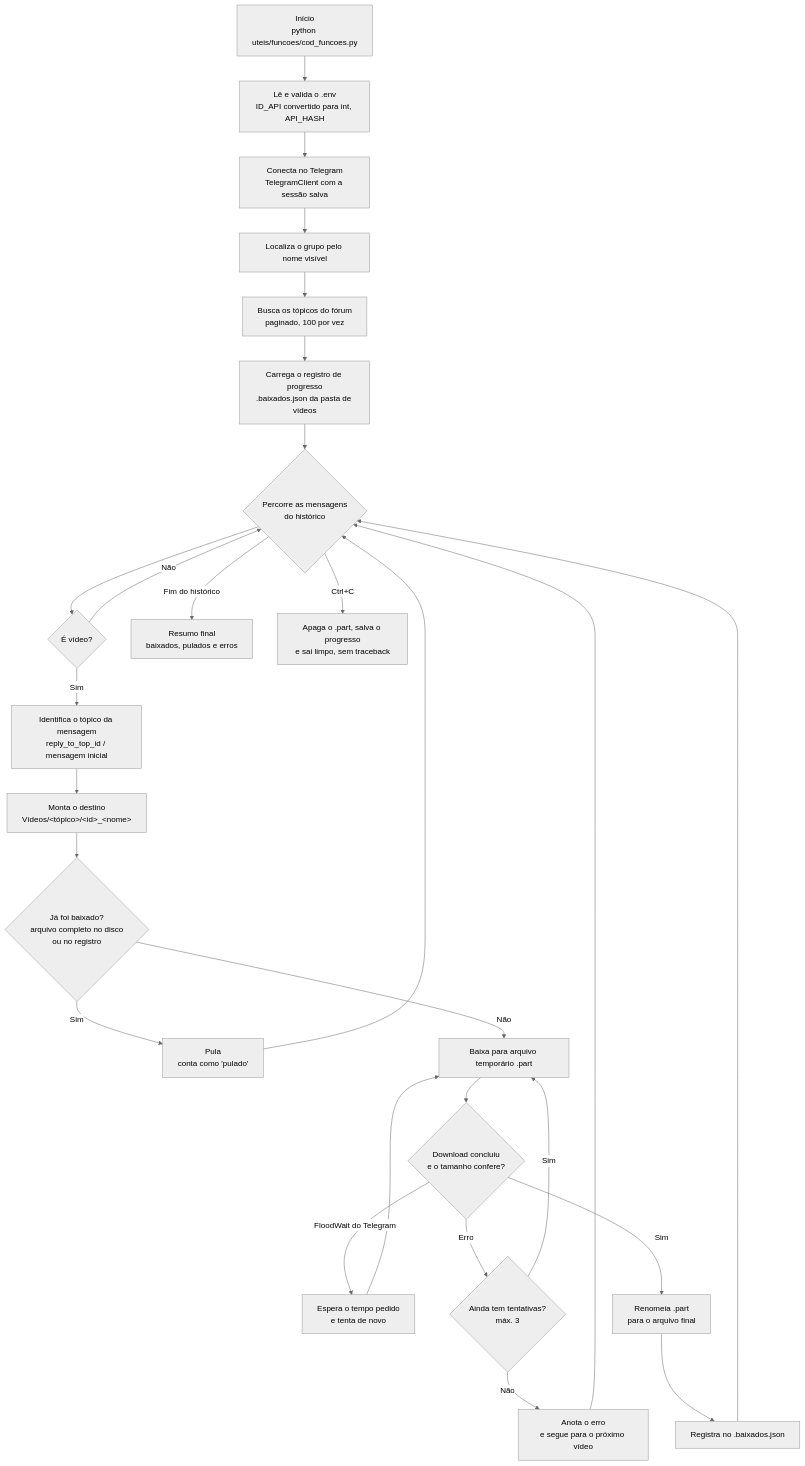
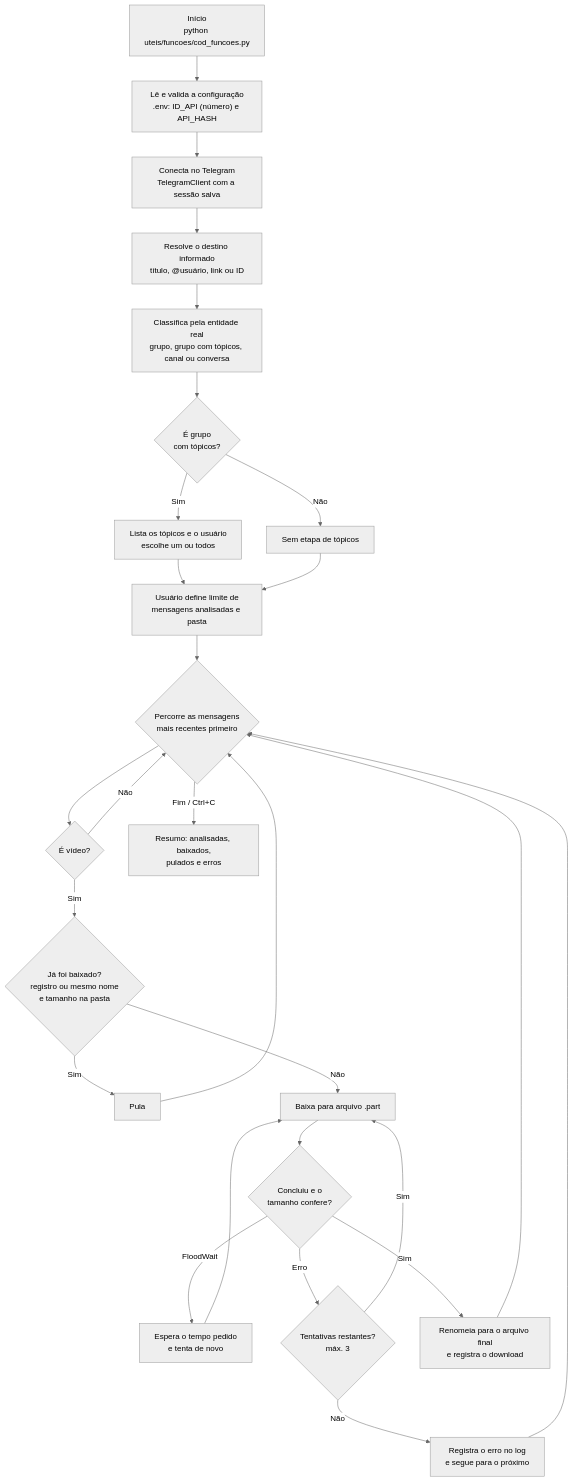
The diagram in README.md (JeremiasSantana/download_videos_gurpo_telegram), drawn with Mermaid (neutral theme) before and after one commit. The commit also changed other lines of this file and 2 other files, not shown here.

Commit message:
docs: README completo da versao modular e gitignore de logs

````diff
--- a/README.md
+++ b/README.md
@@ -16,29 +10,29 @@
 ```mermaid
 flowchart TD
-    A["Início<br/>python uteis/funcoes/cod_funcoes.py"] --> B["Lê e valida o .env<br/>ID_API convertido para int, API_HASH"]
+    A["Início<br/>python uteis/funcoes/cod_funcoes.py"] --> B["Lê e valida a configuração<br/>.env: ID_API (número) e API_HASH"]
     B --> C["Conecta no Telegram<br/>TelegramClient com a sessão salva"]
-    C --> D["Localiza o grupo pelo nome visível"]
-    D --> E["Busca os tópicos do fórum<br/>paginado, 100 por vez"]
-    E --> F["Carrega o registro de progresso<br/>.baixados.json da pasta de vídeos"]
-    F --> G{"Percorre as mensagens<br/>do histórico"}
-    G --> H{"É vídeo?"}
-    H -- "Não" --> G
-    H -- "Sim" --> I["Identifica o tópico da mensagem<br/>reply_to_top_id / mensagem inicial"]
-    I --> J["Monta o destino<br/>Vídeos/&lt;tópico&gt;/&lt;id&gt;_&lt;nome&gt;"]
-    J --> K{"Já foi baixado?<br/>arquivo completo no disco<br/>ou no registro"}
-    K -- "Sim" --> L["Pula<br/>conta como 'pulado'"]
-    L --> G
-    K -- "Não" --> M["Baixa para arquivo temporário .part"]
-    M --> N{"Download concluiu<br/>e o tamanho confere?"}
-    N -- "FloodWait do Telegram" --> O["Espera o tempo pedido<br/>e tenta de novo"]
-    O --> M
-    N -- "Erro" --> P{"Ainda tem tentativas?<br/>máx. 3"}
-    P -- "Sim" --> M
-    P -- "Não" --> Q["Anota o erro<br/>e segue para o próximo vídeo"]
-    Q --> G
-    N -- "Sim" --> R["Renomeia .part<br/>para o arquivo final"]
-    R --> S["Registra no .baixados.json"]
-    S --> G
-    G -- "Fim do histórico" --> T["Resumo final<br/>baixados, pulados e erros"]
-    G -- "Ctrl+C" --> U["Apaga o .part, salva o progresso<br/>e sai limpo, sem traceback"]
+    C --> D["Resolve o destino informado<br/>título, @usuário, link ou ID"]
+    D --> E["Classifica pela entidade real<br/>grupo, grupo com tópicos, canal ou conversa"]
+    E --> F{"É grupo<br/>com tópicos?"}
+    F -- "Sim" --> G["Lista os tópicos e o usuário<br/>escolhe um ou todos"]
+    F -- "Não" --> H["Sem etapa de tópicos"]
+    G --> I["Usuário define limite de<br/>mensagens analisadas e pasta"]
+    H --> I
+    I --> J{"Percorre as mensagens<br/>mais recentes primeiro"}
+    J --> K{"É vídeo?"}
+    K -- "Não" --> J
+    K -- "Sim" --> L{"Já foi baixado?<br/>registro ou mesmo nome<br/>e tamanho na pasta"}
+    L -- "Sim" --> M["Pula"]
+    M --> J
+    L -- "Não" --> N["Baixa para arquivo .part"]
+    N --> O{"Concluiu e o<br/>tamanho confere?"}
+    O -- "FloodWait" --> P["Espera o tempo pedido<br/>e tenta de novo"]
+    P --> N
+    O -- "Erro" --> Q{"Tentativas restantes?<br/>máx. 3"}
+    Q -- "Sim" --> N
+    Q -- "Não" --> R["Registra o erro no log<br/>e segue para o próximo"]
+    R --> J
+    O -- "Sim" --> S["Renomeia para o arquivo final<br/>e registra o download"]
+    S --> J
+    J -- "Fim / Ctrl+C" --> T["Resumo: analisadas, baixados,<br/>pulados e erros"]
 ```
````
